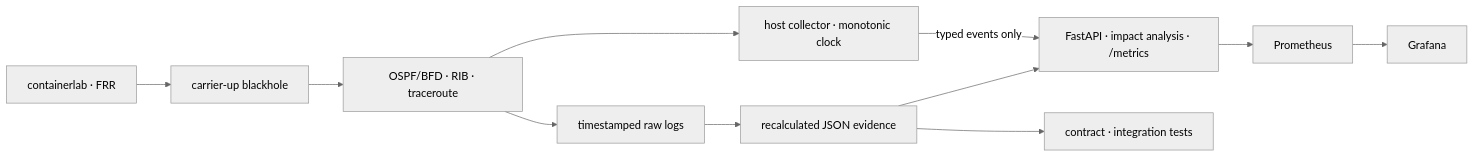
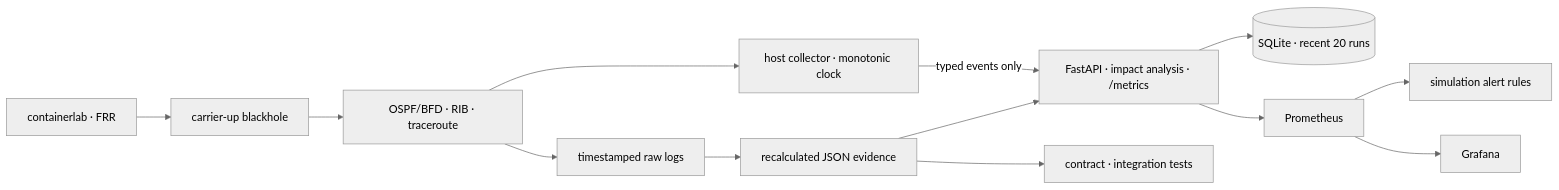
One commit to teriyakki-jin/telconet-sentinel changed the diagram in README.md. Above: the diagram before and after it, drawn with Mermaid (neutral theme). The commit also changed other lines of this file and 18 other files, not shown here.

````diff
--- a/README.md
+++ b/README.md
@@ -47,13 +47,15 @@
 ```mermaid
 flowchart LR
     LAB["containerlab · FRR"] --> FAULT["carrier-up blackhole"]
     FAULT --> STATE["OSPF/BFD · RIB · traceroute"]
     STATE --> RAW["timestamped raw logs"]
     STATE --> COLLECTOR["host collector · monotonic clock"]
     COLLECTOR -->|"typed events only"| API
     RAW --> JSON["recalculated JSON evidence"]
     JSON --> API["FastAPI · impact analysis · /metrics"]
+    API --> DB[("SQLite · recent 20 runs")]
     API --> PROM["Prometheus"]
+    PROM --> ALERT["simulation alert rules"]
     PROM --> GRAFANA["Grafana"]
     JSON --> TEST["contract · integration tests"]
 ```
````
